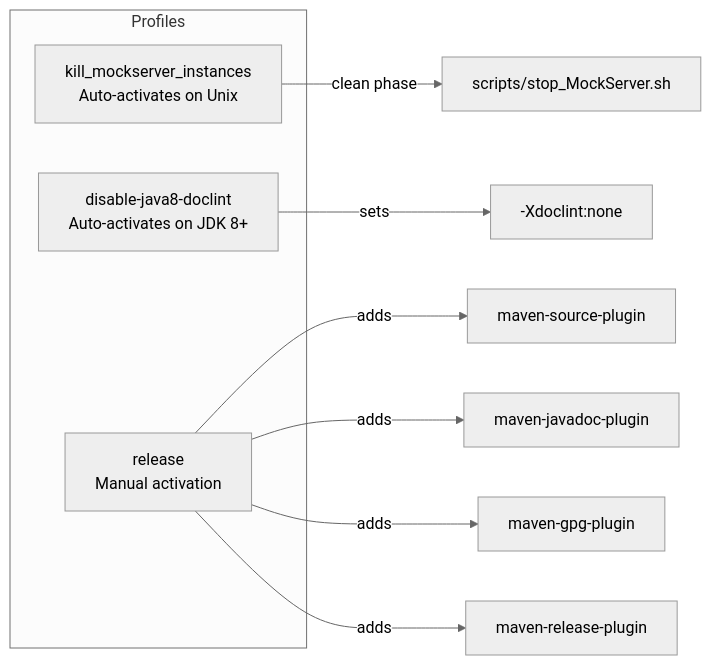
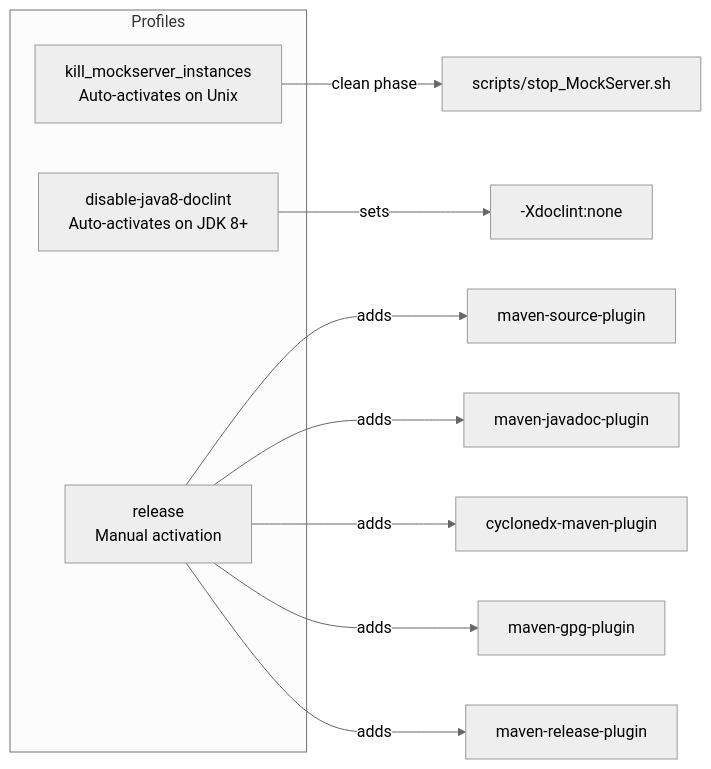
The first of 2 diagrams in docs/operations/build-system.md (mock-server/mockserver-monorepo), drawn with Mermaid (neutral theme) before and after one commit. The commit also changed other lines of this file and 4 other files, not shown here.

First line of the commit message:
build: attach a CycloneDX SBOM to every released Maven artifact

````diff
--- a/docs/operations/build-system.md
+++ b/docs/operations/build-system.md
@@ -320,18 +320,19 @@
 ```mermaid
 graph LR
     subgraph "Profiles"
         KM["kill_mockserver_instances
 Auto-activates on Unix"]
         DJ["disable-java8-doclint
 Auto-activates on JDK 8+"]
         RL["release
 Manual activation"]
     end
 
     KM -->|clean phase| STOP["scripts/stop_MockServer.sh"]
     DJ -->|sets| DOCLINT["-Xdoclint:none"]
     RL -->|adds| SRC[maven-source-plugin]
     RL -->|adds| JD[maven-javadoc-plugin]
+    RL -->|adds| SBOM[cyclonedx-maven-plugin]
     RL -->|adds| GPG[maven-gpg-plugin]
     RL -->|adds| REL[maven-release-plugin]
 ```
````
